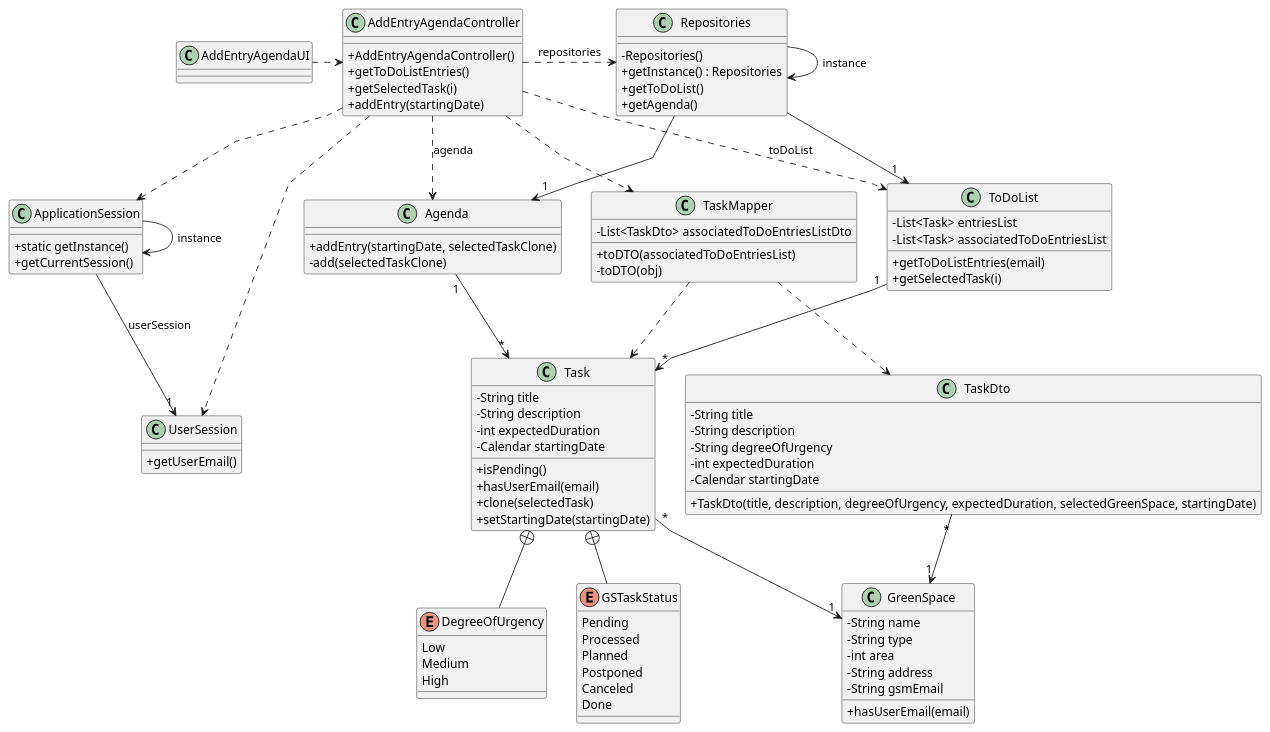
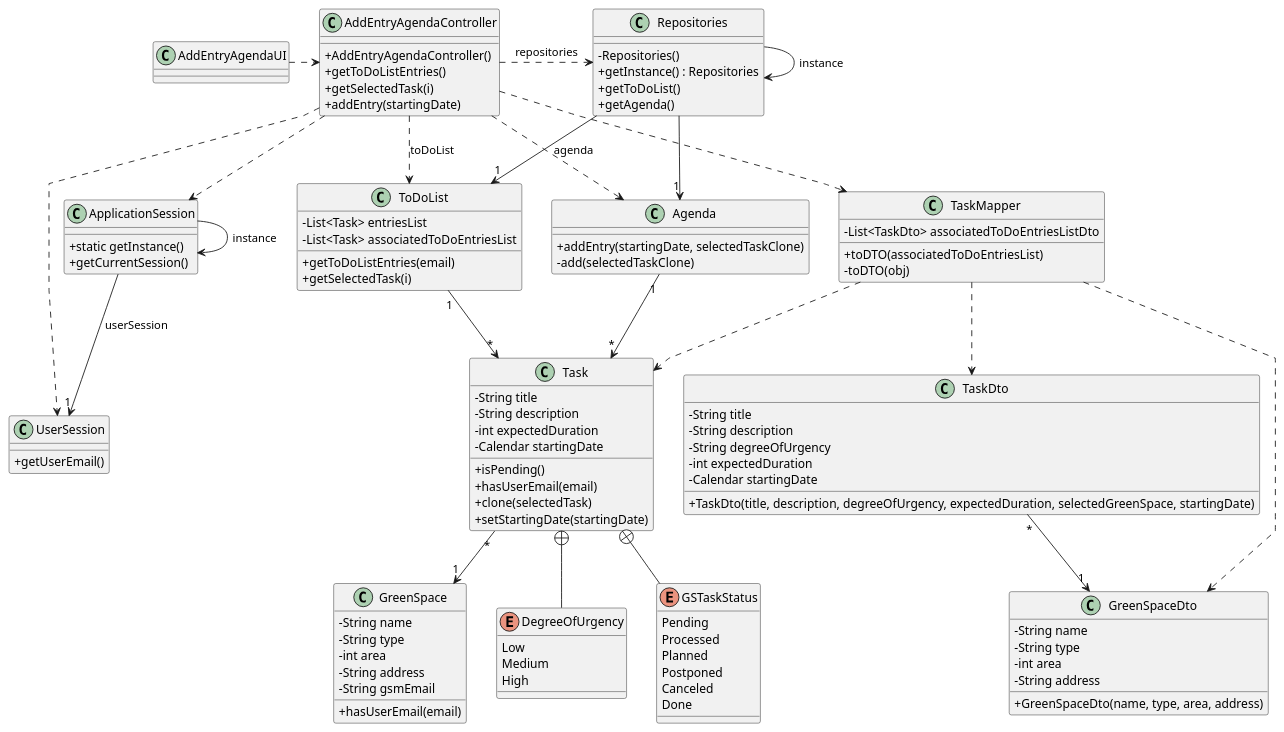
Before and after one commit to Departamento-de-Engenharia-Informatica/lei-24-s2-1dm-g132: the diagram in docs/sprintC/us022/03.design/puml/us022-class-diagram.puml, drawn with PlantUML. The commit also changed 8 other files, not shown here.

Commit message:
US21, 22 and 23 class diagram minor correction

```diff
--- a/docs/sprintC/us022/03.design/puml/us022-class-diagram.puml
+++ b/docs/sprintC/us022/03.design/puml/us022-class-diagram.puml
@@ -1,144 +1,154 @@
 @startuml
 'skinparam monochrome true
 skinparam packageStyle rectangle
 skinparam shadowing false
 skinparam linetype polyline
 'skinparam linetype orto
 
 skinparam classAttributeIconSize 0
 
 'left to right direction
 
 class AddEntryAgendaUI
 {
 
 }
 
 class AddEntryAgendaController
 {
     + AddEntryAgendaController()
     + getToDoListEntries()
     + getSelectedTask(i)
     + addEntry(startingDate)
 }
 
 class ApplicationSession
 {
     + static getInstance()
     + getCurrentSession()
 }
 
 class Repositories
 {
     - Repositories()
     + getInstance() : Repositories
     + getToDoList()
     + getAgenda()
 }
 
 class UserSession
 {
     + getUserEmail()
 }
 
 class ToDoList
 {
     - List<Task> entriesList
     - List<Task> associatedToDoEntriesList
     + getToDoListEntries(email)
     + getSelectedTask(i)
 }
 
 class GreenSpace
 {
     - String name
     - String type
     - int area
     - String address
     - String gsmEmail
     + hasUserEmail(email)
+}
+
+class GreenSpaceDto
+{
+    - String name
+    - String type
+    - int area
+    - String address
+    + GreenSpaceDto(name, type, area, address)
 }
 
 class TaskMapper
 {
     - List<TaskDto> associatedToDoEntriesListDto
     + toDTO(associatedToDoEntriesList)
     - toDTO(obj)
 }
 
 class TaskDto
 {
     - String title
     - String description
     - String degreeOfUrgency
     - int expectedDuration
     - Calendar startingDate
     + TaskDto(title, description, degreeOfUrgency, expectedDuration, selectedGreenSpace, startingDate)
 }
 
 class Task
 {
     - String title
     - String description
     - int expectedDuration
     - Calendar startingDate
     + isPending()
     + hasUserEmail(email)
     + clone(selectedTask)
     + setStartingDate(startingDate)
 }
 
 enum DegreeOfUrgency
 {
     Low
     Medium
     High
 }
 
 enum GSTaskStatus
 {
     Pending
     Processed
     Planned
     Postponed
     Canceled
     Done
 }
 
 class Agenda
 {
     + addEntry(startingDate, selectedTaskClone)
     - add(selectedTaskClone)
 }
 
 Task +-- DegreeOfUrgency
 Task +-- GSTaskStatus
 
 Repositories -> Repositories : instance
 ApplicationSession -> ApplicationSession : instance
 
 AddEntryAgendaUI .> AddEntryAgendaController
 
 AddEntryAgendaController .> Repositories : repositories
 
 Repositories -> "1" Agenda
 Repositories -> "1" ToDoList
 
 AddEntryAgendaController ..> ApplicationSession
 AddEntryAgendaController ..> UserSession
 AddEntryAgendaController ..> ToDoList : toDoList
 AddEntryAgendaController ..> Agenda : agenda
 AddEntryAgendaController ..> TaskMapper
 
 ToDoList "1" --> "*" Task
 Agenda "1" --> "*" Task
 
 Task "*" --> "1" GreenSpace
-TaskDto "*" --> "1" GreenSpace
+TaskDto "*" --> "1" GreenSpaceDto
 
 TaskMapper ..> TaskDto
 TaskMapper ..> Task
+TaskMapper ..> GreenSpaceDto
 
 ApplicationSession --> "1" UserSession : userSession
 
 @enduml
```
